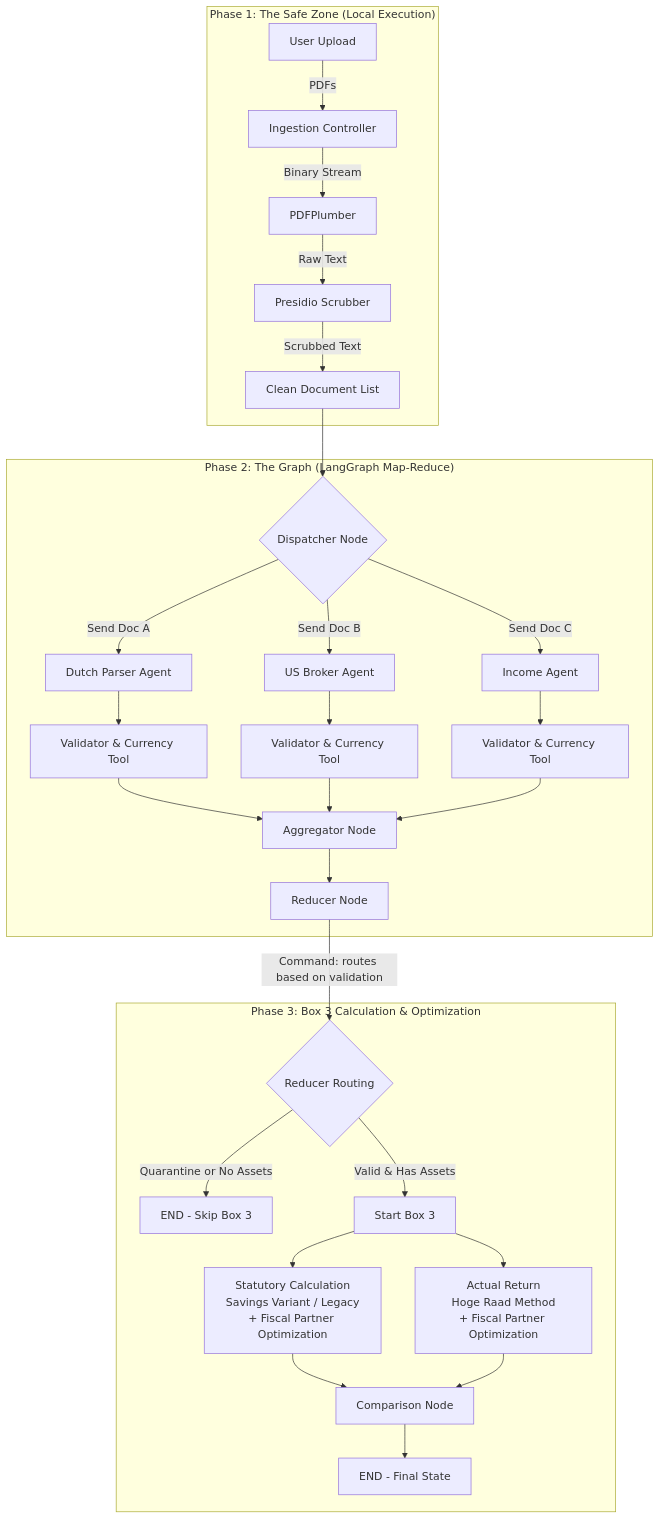
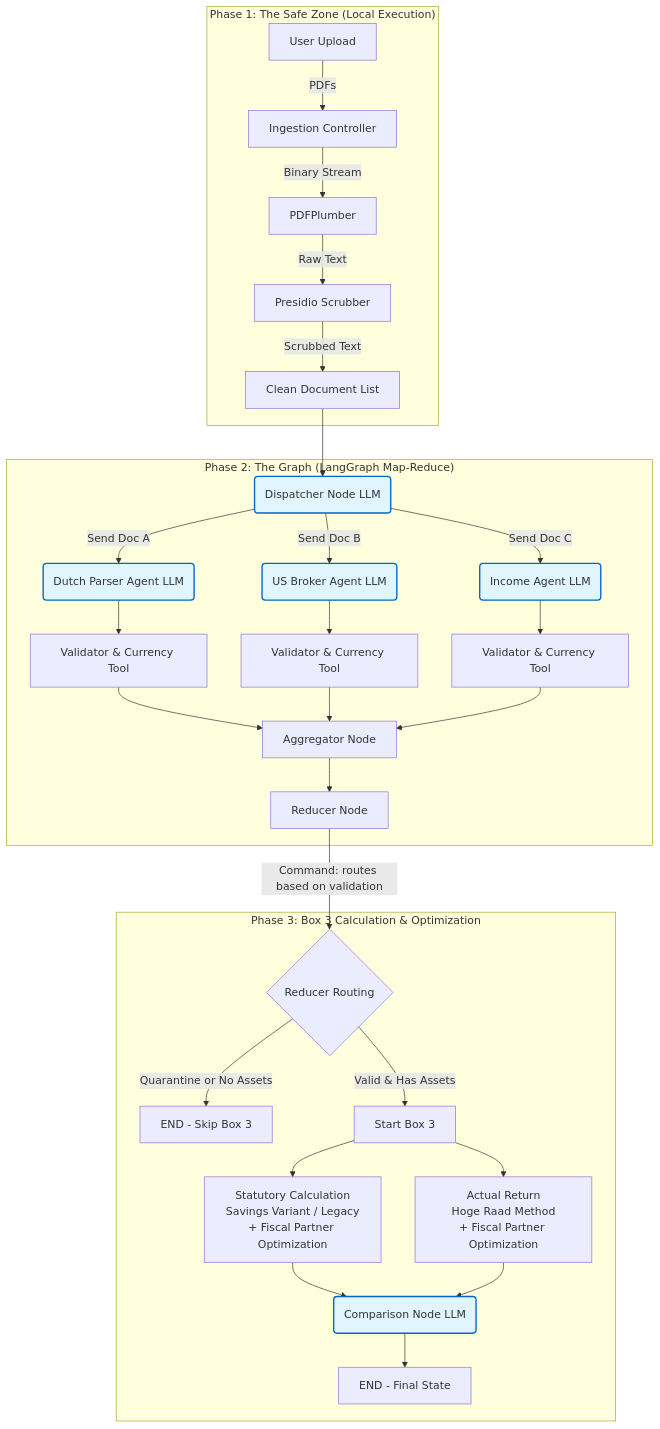
Before and after one commit to DavidLimNL/dutch_tax_agent: the diagram in README.md, drawn with Mermaid.

Commit message:
feat(graph): update dispatcher and agent nodes to include LLM designation

````diff
--- a/README.md
+++ b/README.md
@@ -19,42 +19,48 @@
 ```mermaid
 graph TD
     subgraph "Phase 1: The Safe Zone (Local Execution)"
         User[User Upload] -->|PDFs| Ingest[Ingestion Controller]
         Ingest -->|Binary Stream| Parser[PDFPlumber]
         Parser -->|Raw Text| PII[Presidio Scrubber]
         PII -->|Scrubbed Text| SafeData[Clean Document List]
     end
 
     subgraph "Phase 2: The Graph (LangGraph Map-Reduce)"
-        SafeData --> Dispatcher{Dispatcher Node}
+        SafeData --> Dispatcher(Dispatcher Node LLM)
         
-        Dispatcher -->|Send Doc A| DutchAgent[Dutch Parser Agent]
-        Dispatcher -->|Send Doc B| USAgent[US Broker Agent]
-        Dispatcher -->|Send Doc C| SalaryAgent[Income Agent]
+        Dispatcher -->|Send Doc A| DutchAgent(Dutch Parser Agent LLM)
+        Dispatcher -->|Send Doc B| USAgent(US Broker Agent LLM)
+        Dispatcher -->|Send Doc C| SalaryAgent(Income Agent LLM)
         
         DutchAgent --> ValidatorA[Validator & Currency Tool]
         USAgent --> ValidatorB[Validator & Currency Tool]
         SalaryAgent --> ValidatorC[Validator & Currency Tool]
         
         ValidatorA --> Aggregate[Aggregator Node]
         ValidatorB --> Aggregate
         ValidatorC --> Aggregate
         
         Aggregate --> Reducer[Reducer Node]
     end
 
     subgraph "Phase 3: Box 3 Calculation & Optimization"
         Reducer -->|Command: routes based on validation| Check{Reducer Routing}
         
         Check -->|Quarantine or No Assets| End1[END - Skip Box 3]
         
         Check -->|Valid & Has Assets| StartBox3[Start Box 3]
         
         StartBox3 --> Statutory[Statutory Calculation<br/>Savings Variant / Legacy<br/>+ Fiscal Partner Optimization]
         StartBox3 --> Actual[Actual Return<br/>Hoge Raad Method<br/>+ Fiscal Partner Optimization]
         
-        Statutory --> Compare[Comparison Node]
+        Statutory --> Compare(Comparison Node LLM)
         Actual --> Compare
         Compare --> End2[END - Final State]
     end
+
+    style Dispatcher fill:#e1f5ff,stroke:#0066cc,stroke-width:2px
+    style DutchAgent fill:#e1f5ff,stroke:#0066cc,stroke-width:2px
+    style USAgent fill:#e1f5ff,stroke:#0066cc,stroke-width:2px
+    style SalaryAgent fill:#e1f5ff,stroke:#0066cc,stroke-width:2px
+    style Compare fill:#e1f5ff,stroke:#0066cc,stroke-width:2px
 ```
````
